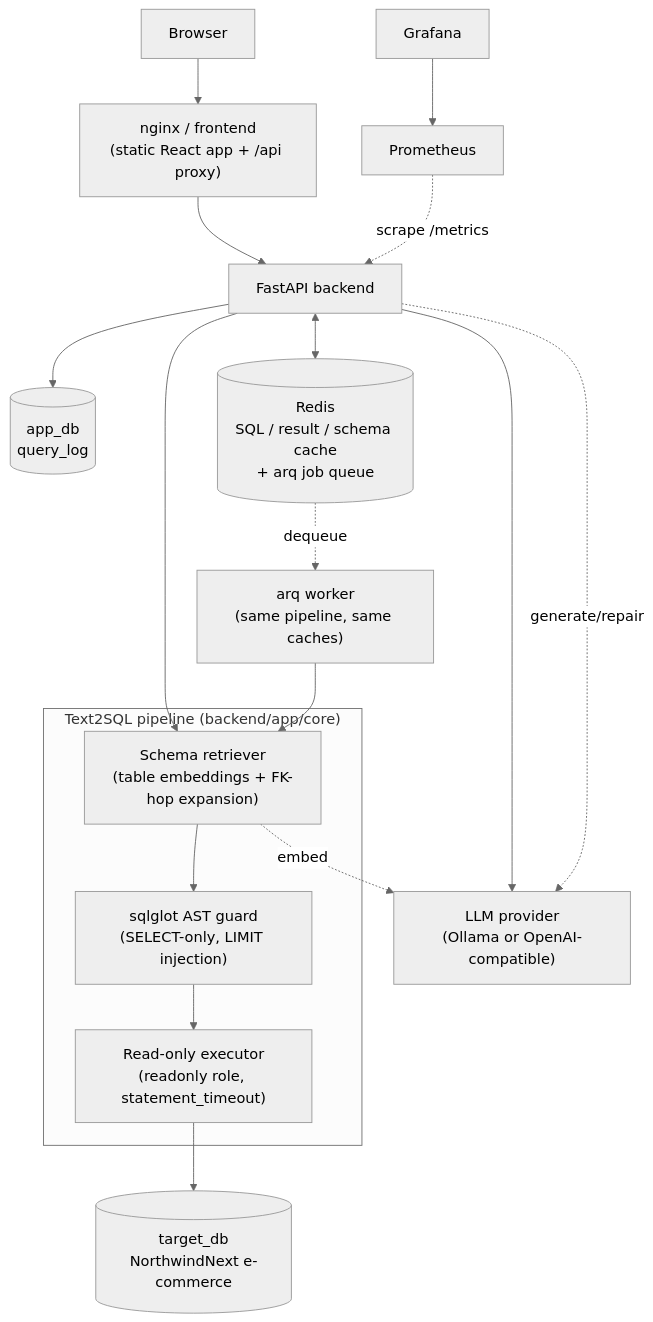
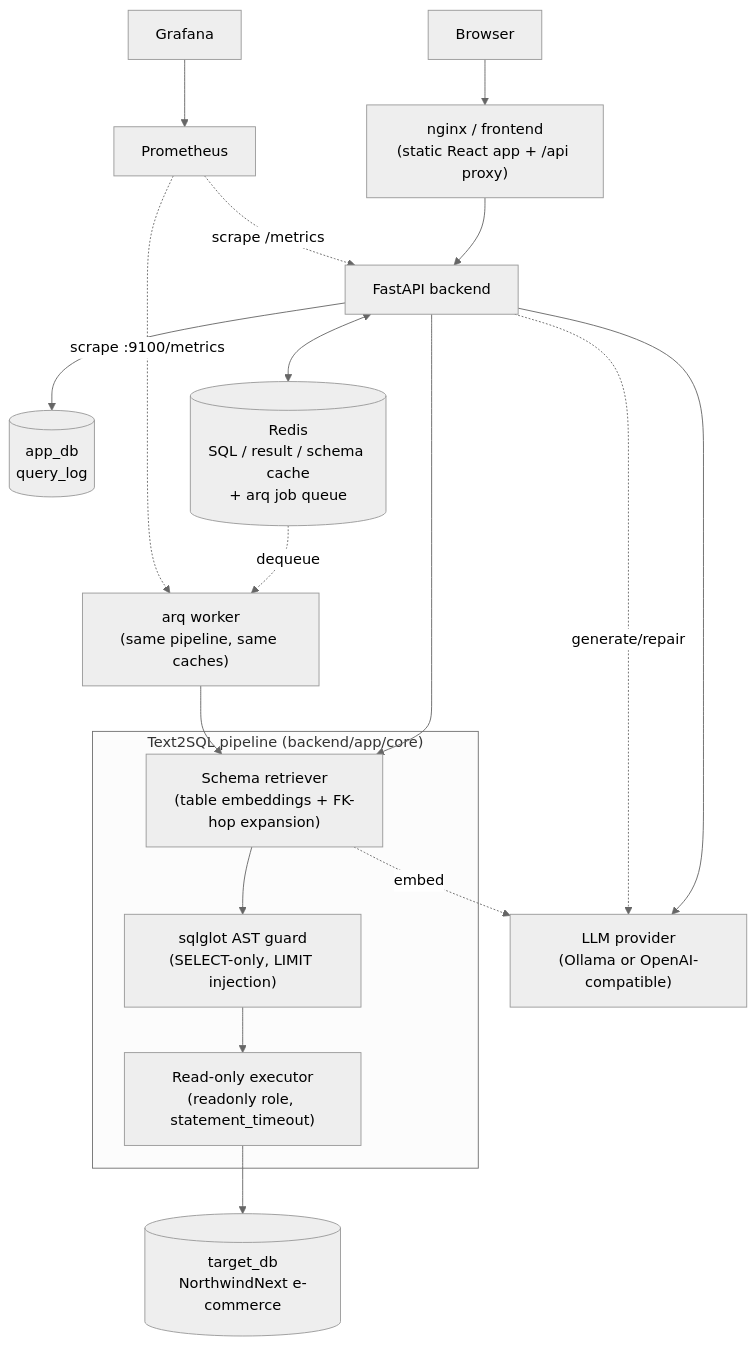
One commit to sms021019/Text2SQL changed the diagram in README.md. Above: the diagram before and after it, drawn with Mermaid (neutral theme). The commit also changed other lines of this file and 12 other files, not shown here.

First line of the commit message:
feat(jobs): serve worker metrics; healthcheck, restart policy, ordered start

````diff
--- a/README.md
+++ b/README.md
@@ -9,29 +9,30 @@
 ```mermaid
 flowchart TD
     Browser["Browser"] --> Frontend["nginx / frontend\n(static React app + /api proxy)"]
     Frontend --> API["FastAPI backend"]
 
     subgraph Pipeline["Text2SQL pipeline (backend/app/core)"]
         Retriever["Schema retriever\n(table embeddings + FK-hop expansion)"]
         Guard["sqlglot AST guard\n(SELECT-only, LIMIT injection)"]
         Executor["Read-only executor\n(readonly role, statement_timeout)"]
     end
 
     API --> Retriever
     Retriever --> Guard
     Guard --> Executor
 
     API --> AppDB[("app_db\nquery_log")]
     Executor --> TargetDB[("target_db\nNorthwindNext e-commerce")]
 
     API --> LLM["LLM provider\n(Ollama or OpenAI-compatible)"]
     Retriever -. embed .-> LLM
     API -. generate/repair .-> LLM
 
     API <--> Redis[("Redis\nSQL / result / schema cache\n+ arq job queue")]
     Redis -. dequeue .-> Worker["arq worker\n(same pipeline, same caches)"]
     Worker --> Retriever
 
     Prometheus["Prometheus"] -. scrape /metrics .-> API
+    Prometheus -. scrape :9100/metrics .-> Worker
     Grafana["Grafana"] --> Prometheus
 ```
````
